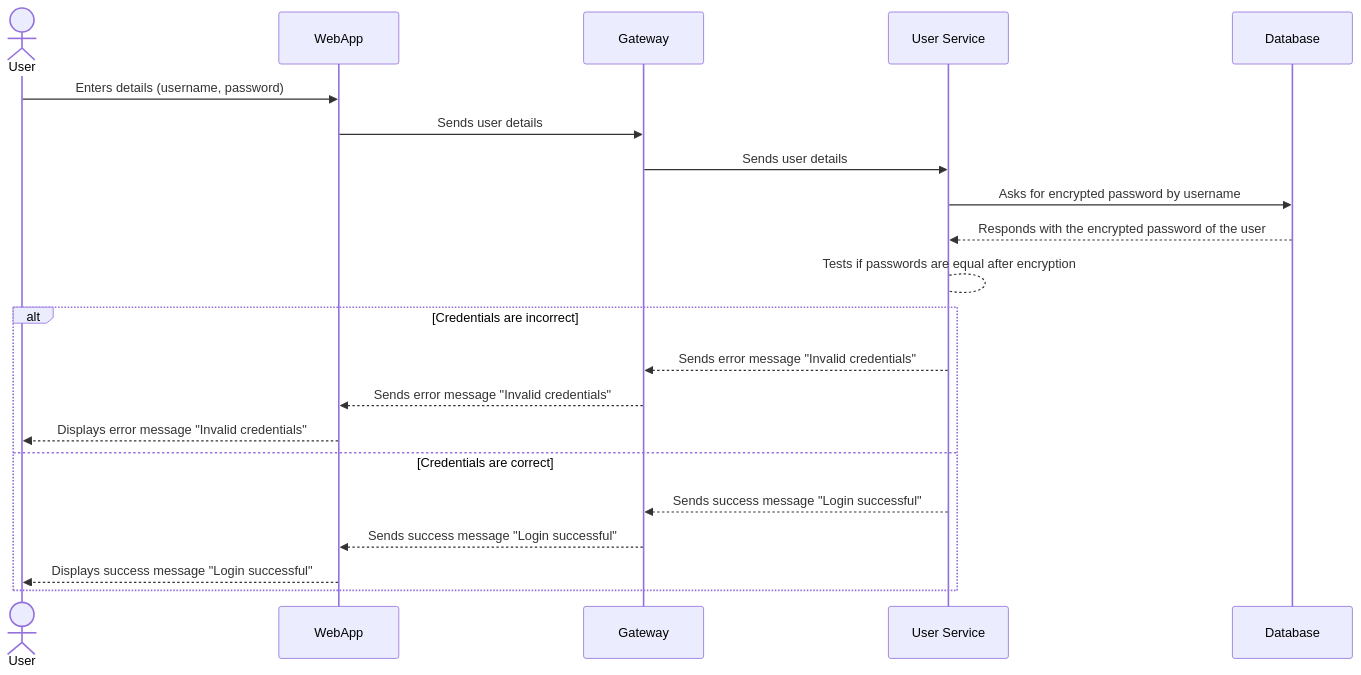
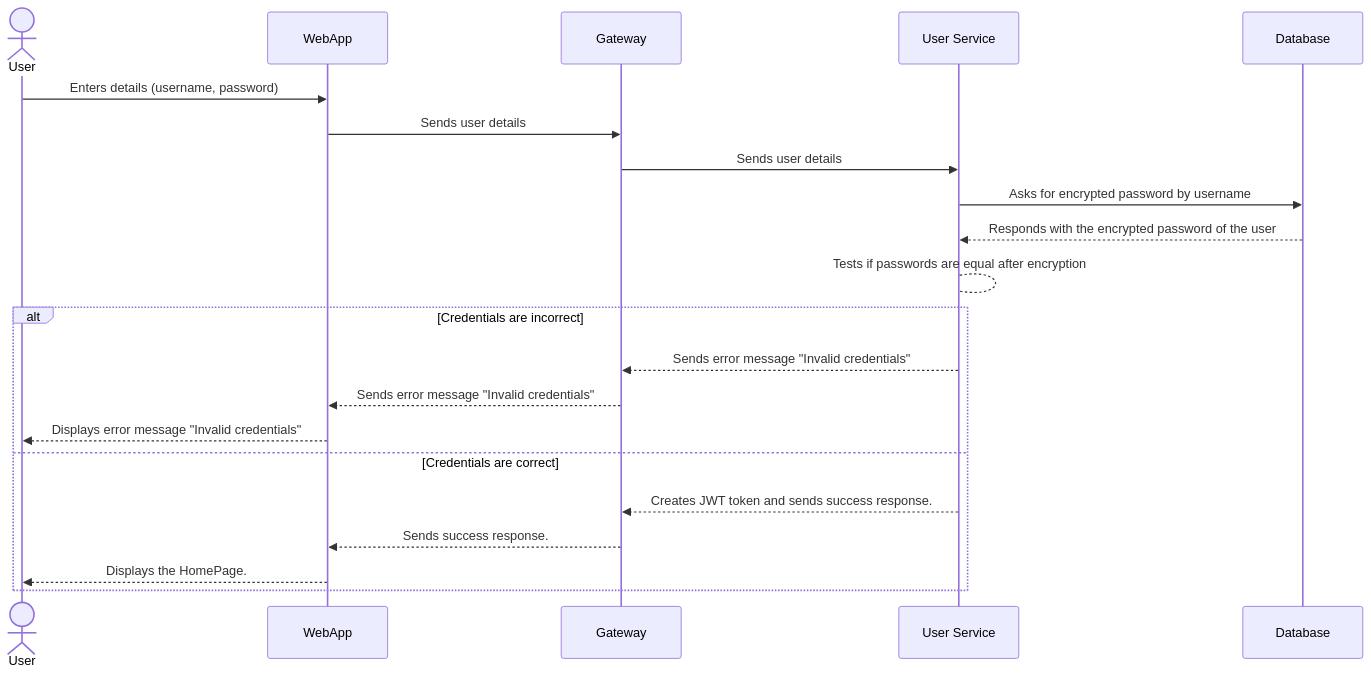
One commit to Arquisoft/wiq_en3b changed the first of 3 diagrams in docs/src/06_runtime_view.adoc. Above: the diagram before and after it, drawn with Mermaid. The commit also changed other lines of this file and 2 other files, not shown here.

```diff
--- a/docs/src/06_runtime_view.adoc
+++ b/docs/src/06_runtime_view.adoc
@@ -46,21 +55,21 @@
 [mermaid]
 ....
 sequenceDiagram
     actor User as User
     
     User->>WebApp: Enters details (username, password)
     WebApp->>Gateway: Sends user details
     Gateway->>User Service: Sends user details
     User Service->>Database: Asks for encrypted password by username
     Database-->>User Service: Responds with the encrypted password of the user
     User Service-->User Service: Tests if passwords are equal after encryption
     alt Credentials are incorrect
         User Service-->>Gateway: Sends error message "Invalid credentials"
         Gateway-->>WebApp: Sends error message "Invalid credentials"
         WebApp-->>User: Displays error message "Invalid  credentials"
     else Credentials are correct
-        User Service-->>Gateway: Sends success message "Login successful"
-        Gateway-->>WebApp: Sends success message "Login successful"
-        WebApp-->>User: Displays success message "Login successful"
+        User Service-->>Gateway: Creates JWT token and sends success response.
+        Gateway-->>WebApp: Sends success response.
+        WebApp-->>User: Displays the HomePage.
     end
 ....
```
